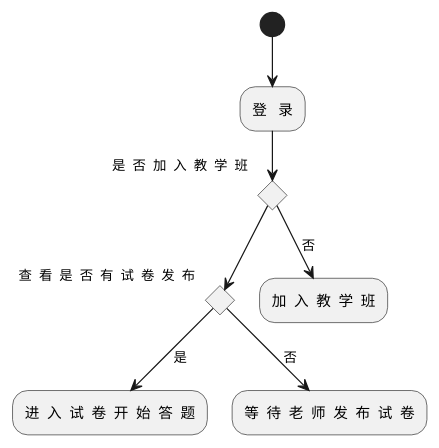
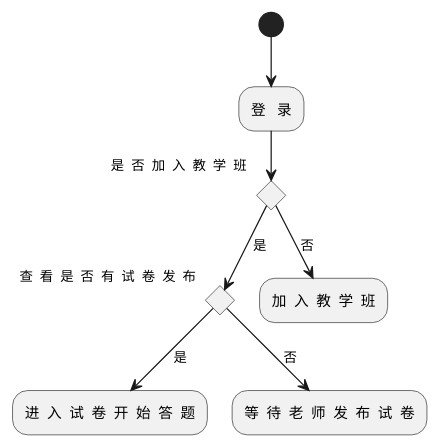
The diagram in ER/student.puml (Chandler-Bang/QR_Class), drawn with PlantUML before and after one commit. The commit also changed 1 other file, not shown here.

```diff
--- a/ER/student.puml
+++ b/ER/student.puml
@@ -1,12 +1,12 @@
 @startuml
 (*)--> "登   录"
 --> if "是  否  加  入  教  学  班" then
-        if "查  看  是  否  有  试  卷  发  布" then
+        [是]if "查  看  是  否  有  试  卷  发  布" then
             -->[是] "进  入  试  卷  开  始  答  题"
         else
             -->[否] "等  待  老  师  发  布  试  卷"
         endif
     else
         -->[否] "加  入  教  学  班"
     endif
 @enduml
```
